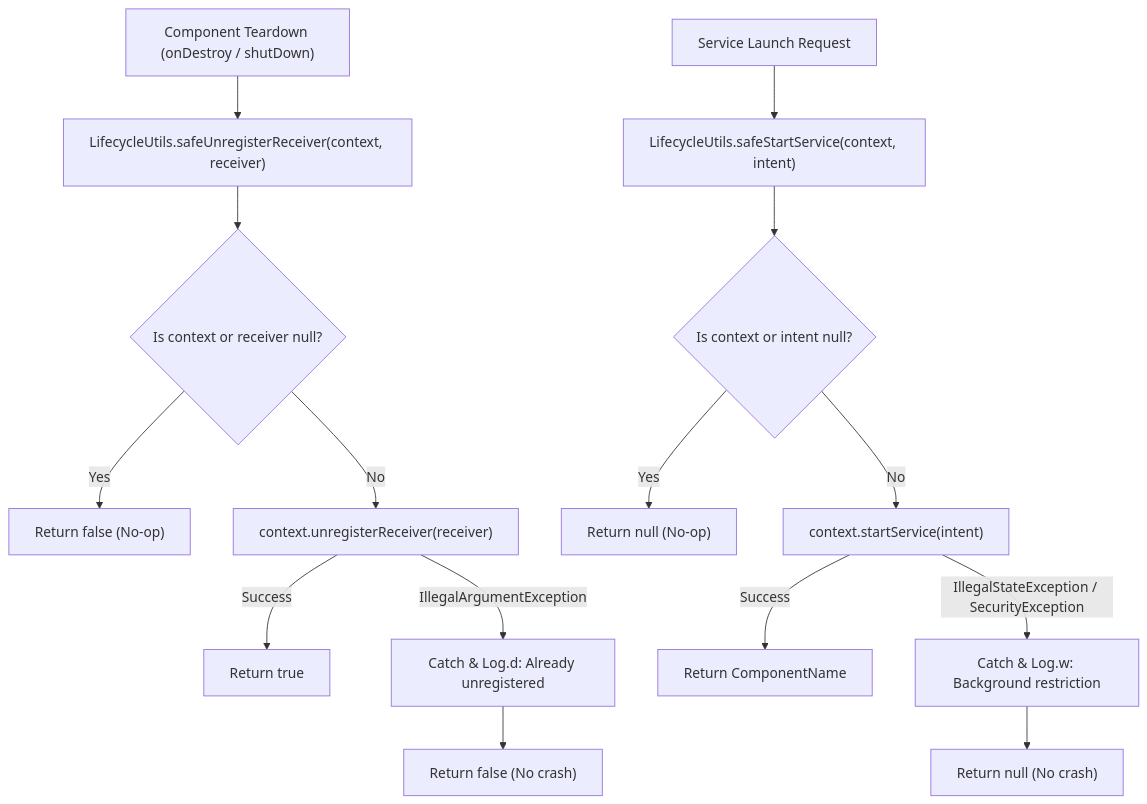
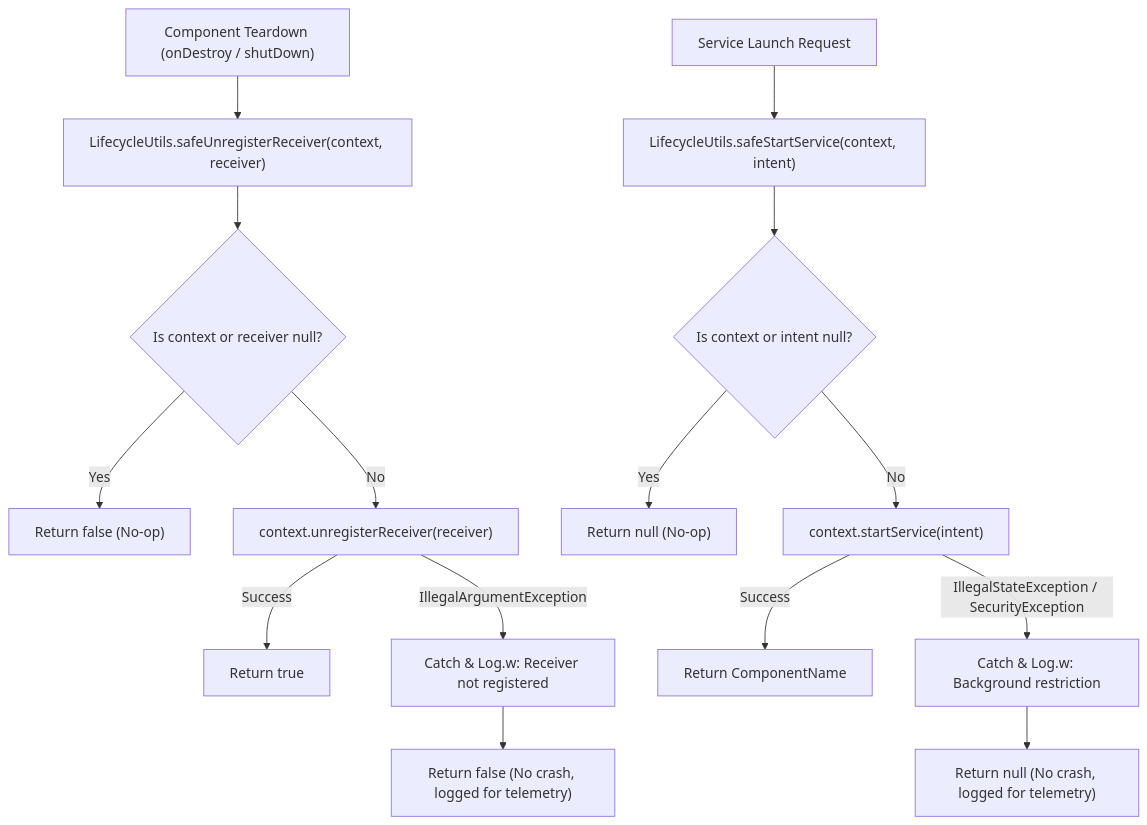
Before and after one commit to rainerblind/aTrainingTracker: the diagram in docs/engineering/analysis/ATT-3563_analysis.md, drawn with Mermaid. The commit also changed other lines of this file, not shown here.

````diff
--- a/docs/engineering/analysis/ATT-3563_analysis.md
+++ b/docs/engineering/analysis/ATT-3563_analysis.md
@@ -63,18 +71,18 @@
 ```mermaid
 flowchart TD
     A["Component Teardown (onDestroy / shutDown)"] --> B["LifecycleUtils.safeUnregisterReceiver(context, receiver)"]
     B --> C{"Is context or receiver null?"}
     C -- Yes --> D["Return false (No-op)"]
     C -- No --> E["context.unregisterReceiver(receiver)"]
     E -- Success --> F["Return true"]
-    E -- IllegalArgumentException --> G["Catch & Log.d: Already unregistered"]
-    G --> H["Return false (No crash)"]
+    E -- IllegalArgumentException --> G["Catch & Log.w: Receiver not registered"]
+    G --> H["Return false (No crash, logged for telemetry)"]
 
     I["Service Launch Request"] --> J["LifecycleUtils.safeStartService(context, intent)"]
     J --> K{"Is context or intent null?"}
     K -- Yes --> L["Return null (No-op)"]
     K -- No --> M["context.startService(intent)"]
     M -- Success --> N["Return ComponentName"]
     M -- IllegalStateException / SecurityException --> O["Catch & Log.w: Background restriction"]
-    O --> P["Return null (No crash)"]
+    O --> P["Return null (No crash, logged for telemetry)"]
 ```
````
